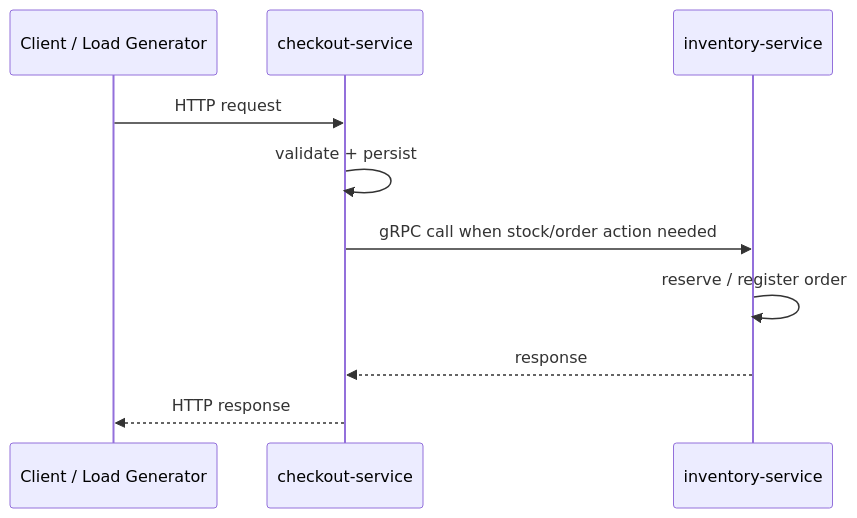
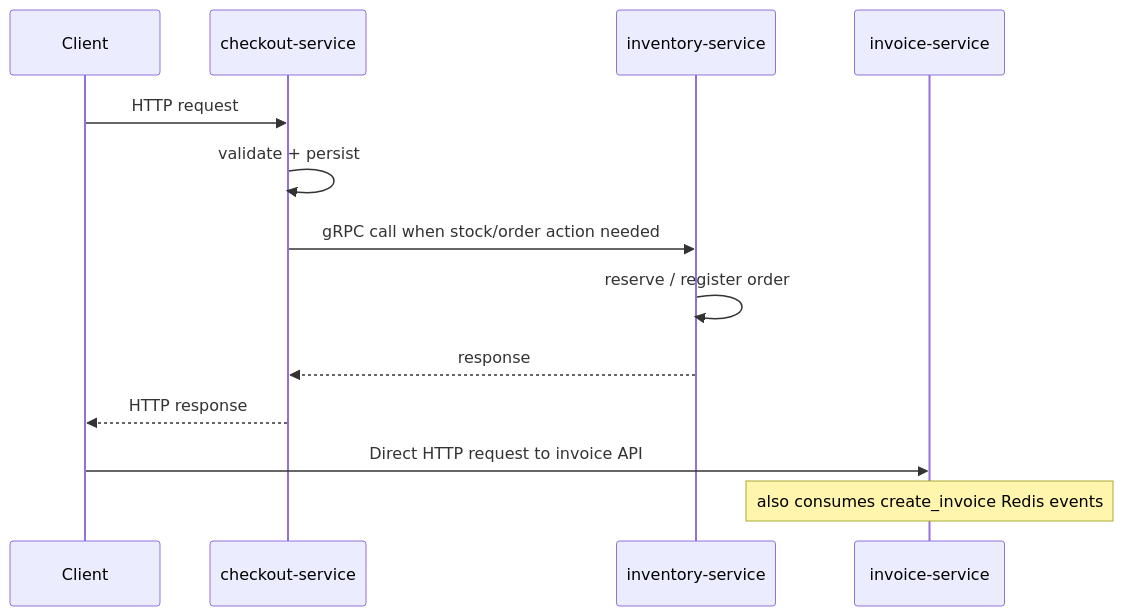
One commit to AhmedAbouelkher/micro_market changed the second of 2 diagrams in README.md. Above: the diagram before and after it, drawn with Mermaid. The commit also changed other lines of this file, not shown here.

First line of the commit message:
Update README.md to reflect changes in Micro Market architecture and services

````diff
--- a/README.md
+++ b/README.md
@@ -132,13 +141,16 @@
 ```mermaid
 sequenceDiagram
-  participant C as Client / Load Generator
+  participant C as Client
   participant CH as checkout-service
   participant IN as inventory-service
+  participant IV as invoice-service
 
   C->>CH: HTTP request
   CH->>CH: validate + persist
   CH->>IN: gRPC call when stock/order action needed
   IN->>IN: reserve / register order
   IN-->>CH: response
   CH-->>C: HTTP response
+  C->>IV: Direct HTTP request to invoice API
+  Note over IV: also consumes create_invoice Redis events
 ```
````
